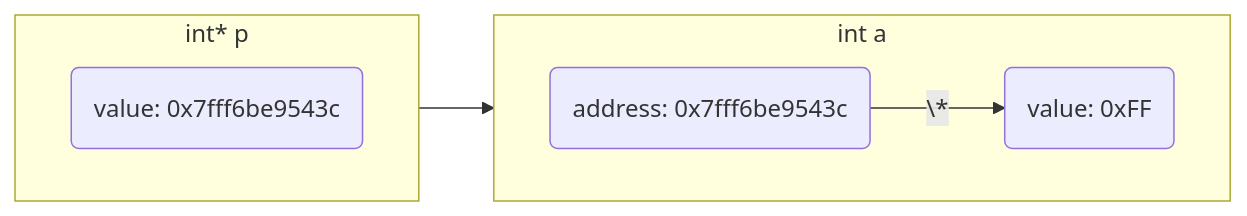
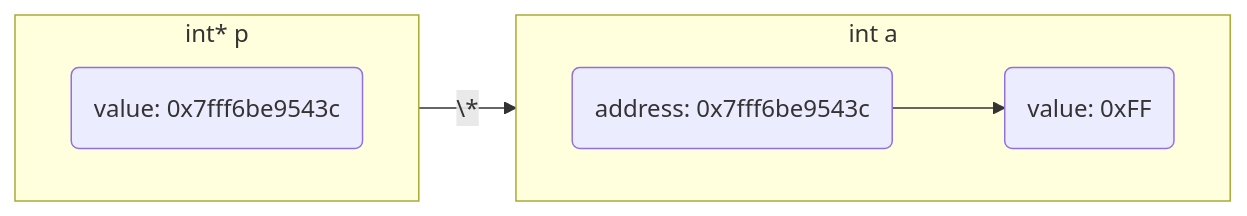
One commit to dmjcb/dmjcb.github.io changed the second of 11 diagrams in _posts/language/c_c++/pointer/2022-01-08-指针.md. Above: the diagram before and after it, drawn with Mermaid. The commit also changed other lines of this file and 8 other files, not shown here.

````diff
--- a/_posts/language/c_c++/pointer/2022-01-08-指针.md
+++ b/_posts/language/c_c++/pointer/2022-01-08-指针.md
@@ -70,14 +70,14 @@
 ```mermaid
 graph LR;
     subgraph S1[int a]
         direction LR
         V2(value: 0xFF)
         A2(address: 0x7fff6be9543c)
-        A2--"\*"-->V2
+        A2-->V2
     end
     subgraph S2[int* p]
         direction LR
         V1(value: 0x7fff6be9543c)
     end
-    S2-->A2
+    S2--"\*"-->A2
 ```
````
